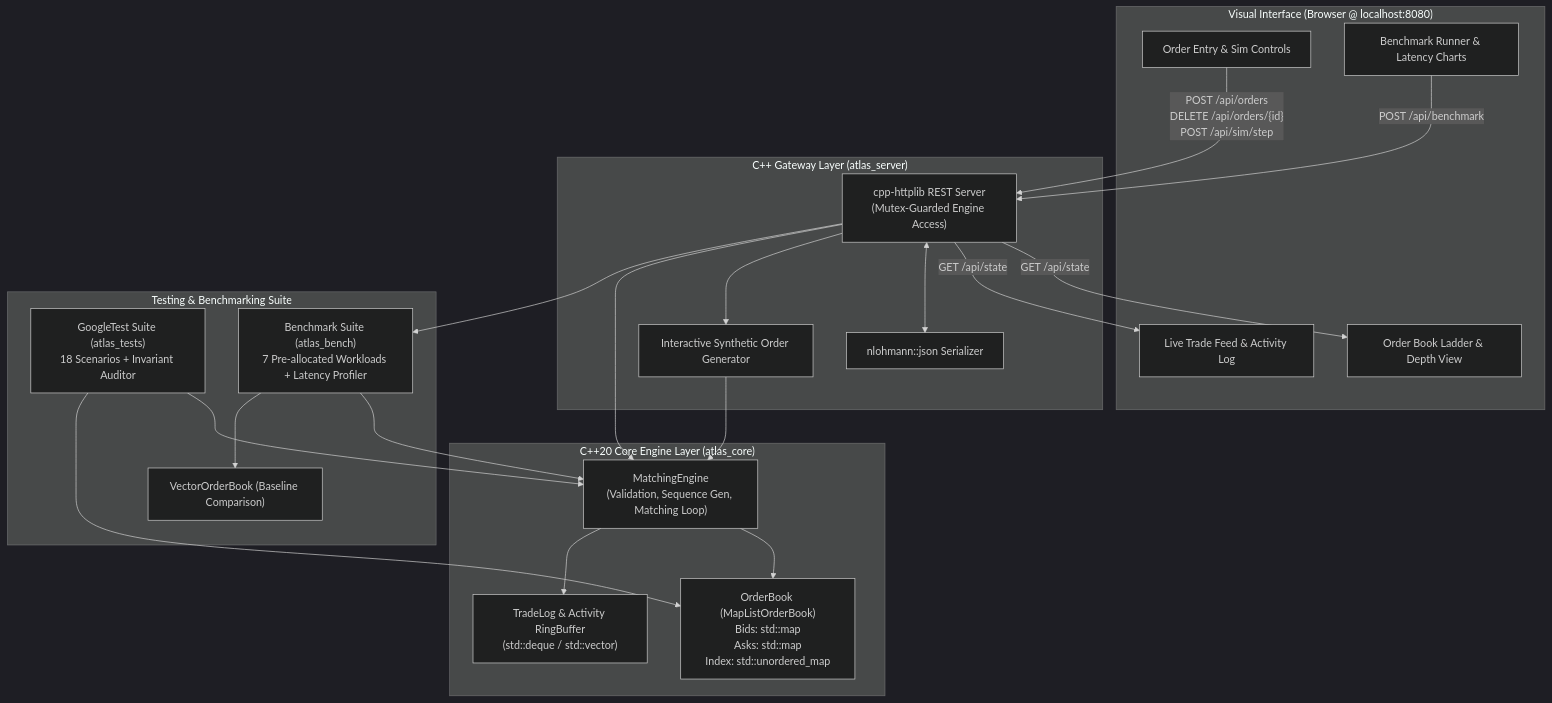
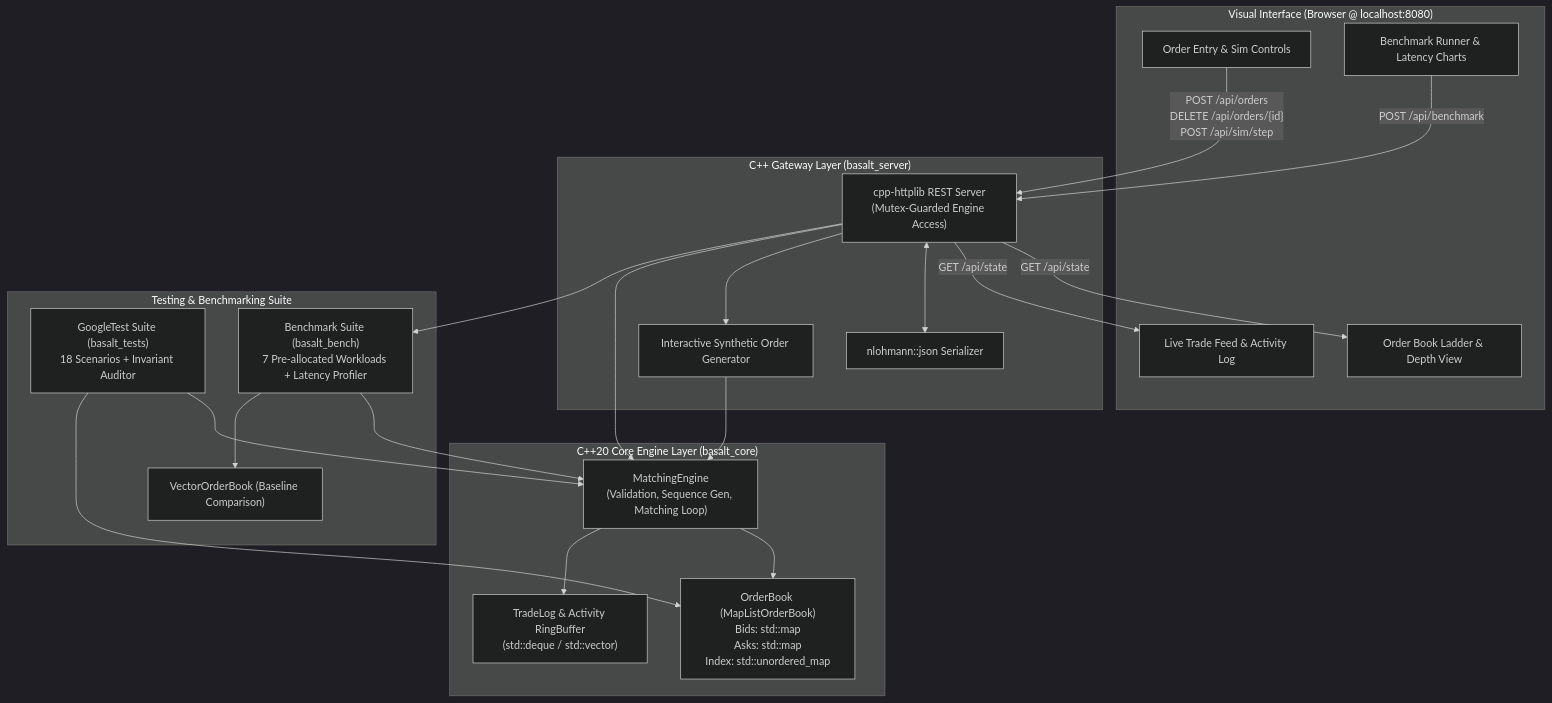
The first of 2 diagrams in documents.md (ShreyasLoL/Basalt), drawn with Mermaid (dark theme) before and after one commit. The commit also changed other lines of this file and 26 other files, not shown here.

Commit message:
refactor: rename Project Atlas to BASALT

```diff
--- a/documents.md
+++ b/documents.md
@@ -54,45 +54,45 @@
 ~~~mermaid
 flowchart TB
     subgraph Frontend["Visual Interface (Browser @ localhost:8080)"]
         UI_Book["Order Book Ladder & Depth View"]
         UI_Entry["Order Entry & Sim Controls"]
         UI_Trades["Live Trade Feed & Activity Log"]
         UI_Bench["Benchmark Runner & Latency Charts"]
     end
 
-    subgraph Gateway["C++ Gateway Layer (atlas_server)"]
+    subgraph Gateway["C++ Gateway Layer (basalt_server)"]
         HTTP["cpp-httplib REST Server\n(Mutex-Guarded Engine Access)"]
         JSON["nlohmann::json Serializer"]
         SimGen["Interactive Synthetic Order Generator"]
     end
 
-    subgraph Core["C++20 Core Engine Layer (atlas_core)"]
+    subgraph Core["C++20 Core Engine Layer (basalt_core)"]
         ME["MatchingEngine\n(Validation, Sequence Gen, Matching Loop)"]
         OB["OrderBook (MapListOrderBook)\nBids: std::map<Price, PriceLevel, std::greater>\nAsks: std::map<Price, PriceLevel, std::less>\nIndex: std::unordered_map<OrderId, OrderLocation>"]
         TL["TradeLog & Activity RingBuffer\n(std::deque / std::vector)"]
     end
 
     subgraph Verification["Testing & Benchmarking Suite"]
-        GT["GoogleTest Suite (atlas_tests)\n18 Scenarios + Invariant Auditor"]
-        BM["Benchmark Suite (atlas_bench)\n7 Pre-allocated Workloads + Latency Profiler"]
+        GT["GoogleTest Suite (basalt_tests)\n18 Scenarios + Invariant Auditor"]
+        BM["Benchmark Suite (basalt_bench)\n7 Pre-allocated Workloads + Latency Profiler"]
         VOB["VectorOrderBook (Baseline Comparison)"]
     end
 
     UI_Entry -->|"POST /api/orders\nDELETE /api/orders/{id}\nPOST /api/sim/step"| HTTP
     HTTP -->|"GET /api/state"| UI_Book
     HTTP -->|"GET /api/state"| UI_Trades
     UI_Bench -->|"POST /api/benchmark"| HTTP
 
     HTTP <--> JSON
     HTTP --> SimGen
     SimGen --> ME
     HTTP --> ME
     HTTP --> BM
 
     ME --> OB
     ME --> TL
     GT --> ME
     GT --> OB
     BM --> ME
     BM --> VOB
 ~~~
```
